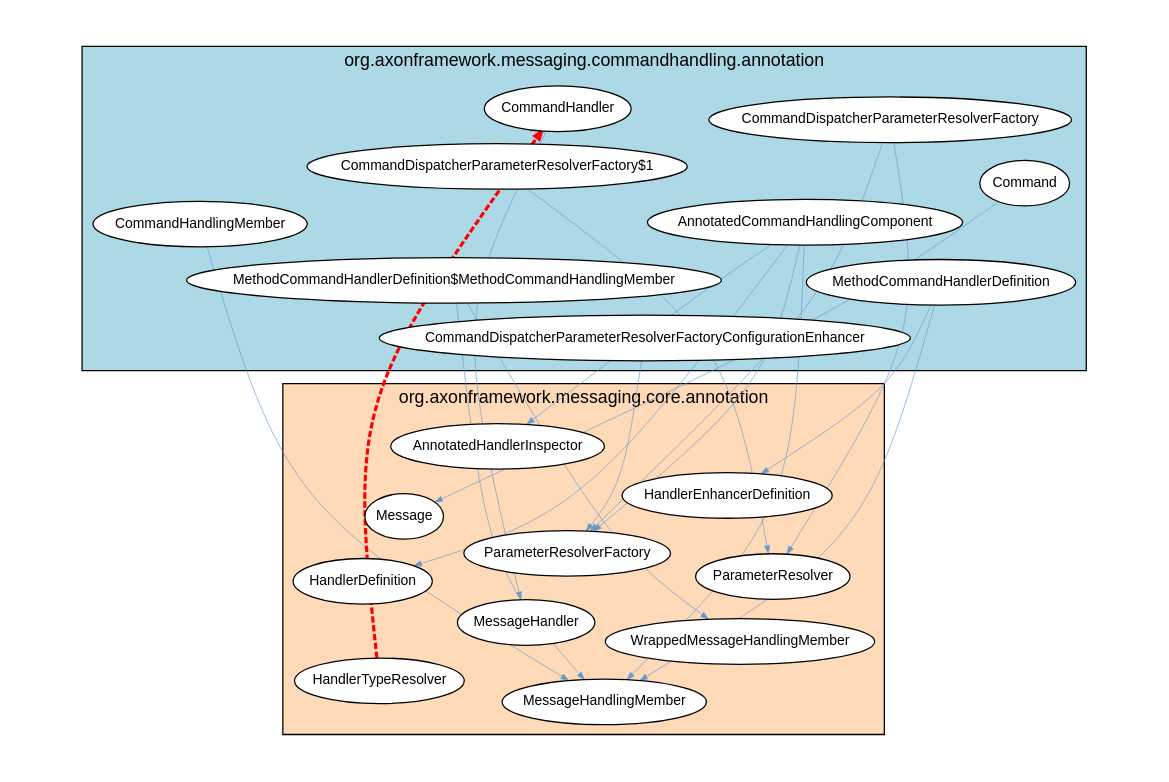
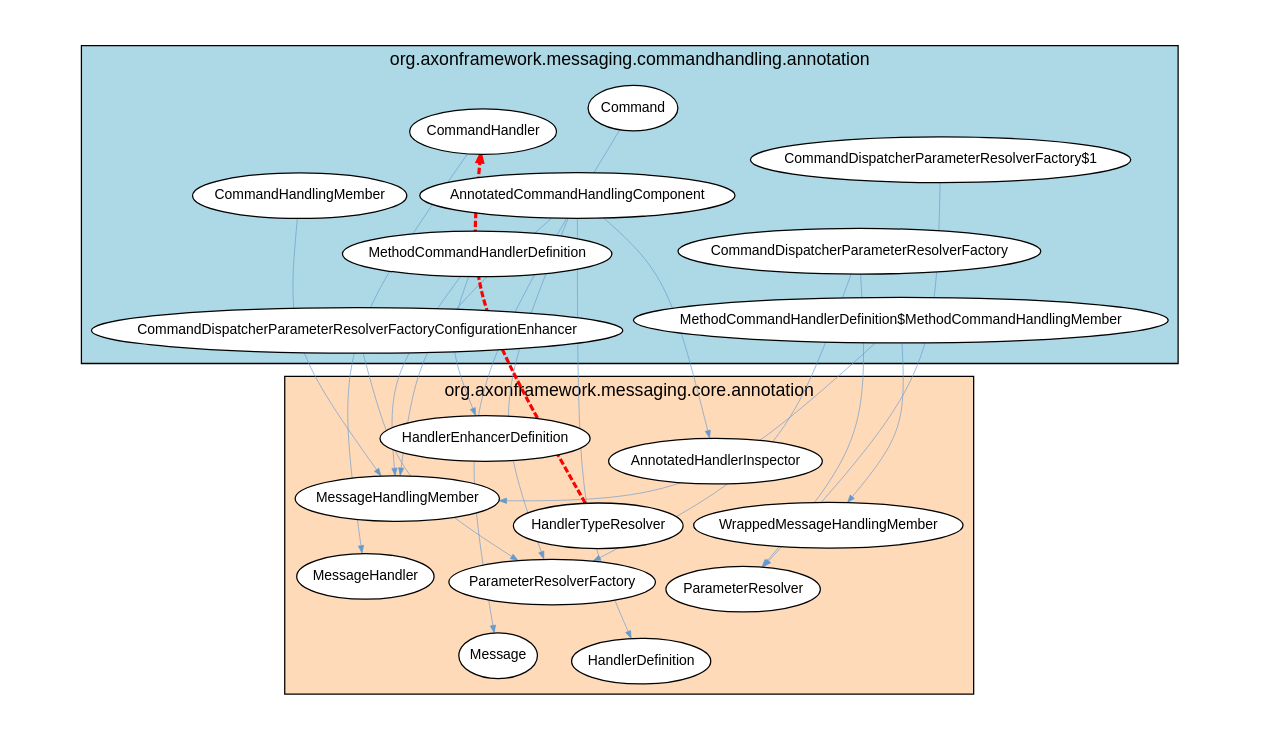
The diagram in analysis-results/AxonFramework/AxonFramework-5.1.2/cyclic-dependencies/Java_Package/Graph_Visualizations/graphviz/JavaPackageCyclicDependencies4.gv (JohT/code-graph-analysis-examples), drawn with Graphviz before and after one commit. The commit also changed other lines of this file and 987 other files, not shown here.

```diff
--- a/analysis-results/AxonFramework/AxonFramework-5.1.2/cyclic-dependencies/Java_Package/Graph_Visualizations/graphviz/JavaPackageCyclicDependencies4.gv
+++ b/analysis-results/AxonFramework/AxonFramework-5.1.2/cyclic-dependencies/Java_Package/Graph_Visualizations/graphviz/JavaPackageCyclicDependencies4.gv
@@ -1,55 +1,55 @@
 strict digraph cycle {
     graph [layout = "fdp"; start = "7"; splines = "curved"; pad = "0.8,0.4"; outputorder = "edgesfirst";];
     graph [fontname = "Helvetica,Arial,sans-serif"; labelloc = "t";];
     node [fontname = "Helvetica,Arial,sans-serif"; style = "filled"; fillcolor = "white";];
     node [fontsize = 11; margin = "0.05,0.05";];
     edge [fontsize = 9; arrowsize = "0.6";];
 
     subgraph cluster_package {
         label="org.axonframework.messaging.commandhandling.annotation";
         style="filled";
         fillcolor="lightblue";
         "CommandDispatcherParameterResolverFactory";
         "Command";
         "AnnotatedCommandHandlingComponent";
         "CommandHandler";
+        "CommandDispatcherParameterResolverFactory$1";
         "MethodCommandHandlerDefinition$MethodCommandHandlingMember";
-        "CommandDispatcherParameterResolverFactory$1";
         "MethodCommandHandlerDefinition";
         "CommandDispatcherParameterResolverFactoryConfigurationEnhancer";
         "CommandHandlingMember";
     }
 
     subgraph cluster_dependent {
         label="org.axonframework.messaging.core.annotation";
         style="filled";
         fillcolor="peachpuff";
         "WrappedMessageHandlingMember";
         "HandlerTypeResolver";
         "MessageHandler";
         "ParameterResolver";
         "MessageHandlingMember";
         "ParameterResolverFactory";
         "Message";
         "AnnotatedHandlerInspector";
         "HandlerDefinition";
         "HandlerEnhancerDefinition";
     }
 
     "MethodCommandHandlerDefinition" -> "MessageHandlingMember" [color="#6699CC"; penwidth="0.5"];
     "CommandDispatcherParameterResolverFactory" -> "ParameterResolver" [color="#6699CC"; penwidth="0.5"];
     "CommandDispatcherParameterResolverFactoryConfigurationEnhancer" -> "ParameterResolverFactory" [color="#6699CC"; penwidth="0.5"];
-    "MethodCommandHandlerDefinition" -> "HandlerEnhancerDefinition" [color="#6699CC"; penwidth="0.5"];
     "AnnotatedCommandHandlingComponent" -> "MessageHandlingMember" [color="#6699CC"; penwidth="0.5"];
     "AnnotatedCommandHandlingComponent" -> "AnnotatedHandlerInspector" [color="#6699CC"; penwidth="0.5"];
+    "MethodCommandHandlerDefinition" -> "HandlerEnhancerDefinition" [color="#6699CC"; penwidth="0.5"];
     "Command" -> "Message" [color="#6699CC"; penwidth="0.5"];
     "MethodCommandHandlerDefinition$MethodCommandHandlingMember" -> "MessageHandlingMember" [color="#6699CC"; penwidth="0.5"];
     "CommandHandler" -> "MessageHandler" [color="#6699CC"; penwidth="0.5"];
     "AnnotatedCommandHandlingComponent" -> "HandlerDefinition" [color="#6699CC"; penwidth="0.5"];
+    "CommandDispatcherParameterResolverFactory$1" -> "ParameterResolver" [color="#6699CC"; penwidth="0.5"];
+    "CommandDispatcherParameterResolverFactory" -> "ParameterResolverFactory" [color="#6699CC"; penwidth="0.5"];
+    "CommandHandlingMember" -> "MessageHandlingMember" [color="#6699CC"; penwidth="0.5"];
     "MethodCommandHandlerDefinition$MethodCommandHandlingMember" -> "WrappedMessageHandlingMember" [color="#6699CC"; penwidth="0.5"];
-    "CommandHandlingMember" -> "MessageHandlingMember" [color="#6699CC"; penwidth="0.5"];
-    "CommandDispatcherParameterResolverFactory$1" -> "ParameterResolver" [color="#6699CC"; penwidth="0.5"];
     "AnnotatedCommandHandlingComponent" -> "ParameterResolverFactory" [color="#6699CC"; penwidth="0.5"];
-    "CommandDispatcherParameterResolverFactory" -> "ParameterResolverFactory" [color="#6699CC"; penwidth="0.5"];
     "HandlerTypeResolver" -> "CommandHandler" [color="red"; penwidth="2.5"; style="dashed";];
 }
```
